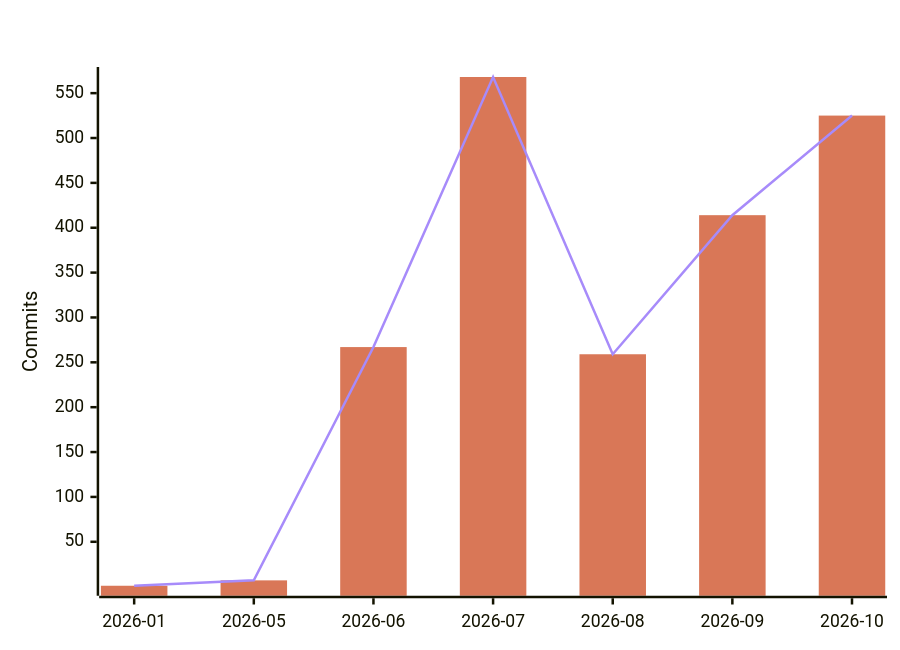
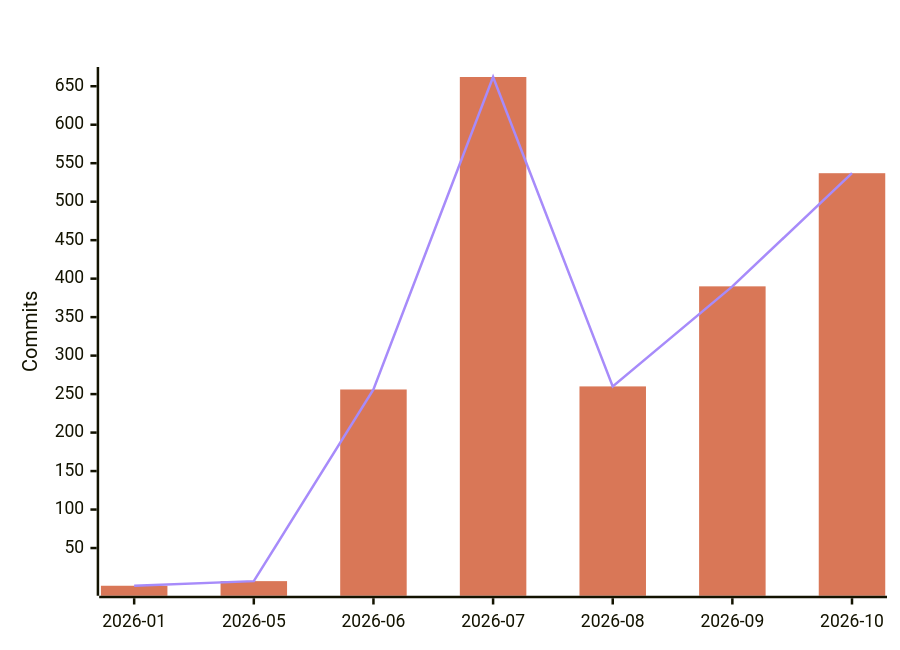
Before and after one commit to polo-nyan/polo-nyan: the fourth of 7 diagrams in README.md, drawn with Mermaid. The commit also changed other lines of this file and 1 other file, not shown here.

````diff
--- a/README.md
+++ b/README.md
@@ -294,9 +294,9 @@
 ```mermaid
 %%{init: {"xyChart": {"titleColor": "#ffffff", "xAxisLabelColor": "#ffffff", "yAxisLabelColor": "#ffffff"}, "themeVariables": {"xyChart": {"titleColor": "#ffffff", "plotColorPalette": "#d97757, #a78bfa"}}}}%%
 xychart-beta
     title "AI-Assisted Commits Per Month"
     x-axis ["2026-01", "2026-05", "2026-06", "2026-07", "2026-08", "2026-09", "2026-10"]
     y-axis "Commits"
-    bar [1, 7, 267, 568, 259, 414, 525]
-    line [1, 7, 267, 568, 259, 414, 525]
+    bar [1, 7, 256, 662, 260, 390, 537]
+    line [1, 7, 256, 662, 260, 390, 537]
 ```
````
